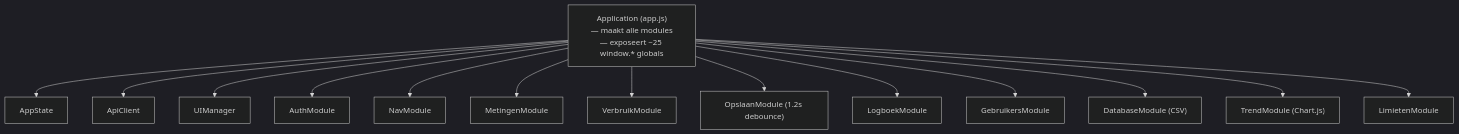
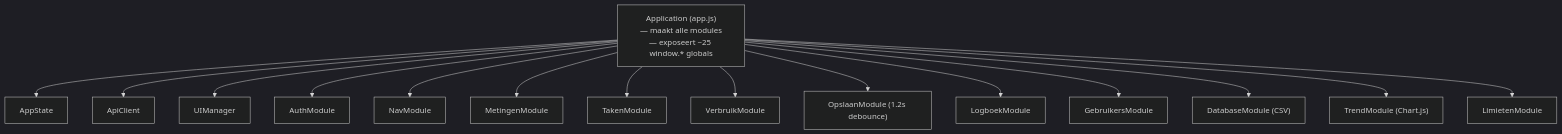
One commit to pjgheijmans/NewSiteWaterbeheerDeBercken changed the second of 4 diagrams in docs/EDS.md. Above: the diagram before and after it, drawn with Mermaid (dark theme). The commit also changed other lines of this file and 7 other files, not shown here.

````diff
--- a/docs/EDS.md
+++ b/docs/EDS.md
@@ -510,17 +521,18 @@
 ```mermaid
 graph TB
     App["Application (app.js)\n— maakt alle modules\n— exposeert ~25 window.* globals"]
     App --> State["AppState"]
     App --> Api["ApiClient"]
     App --> UI["UIManager"]
     App --> Auth["AuthModule"]
     App --> Nav["NavModule"]
     App --> Met["MetingenModule"]
+    App --> Taken["TakenModule"]
     App --> Verb["VerbruikModule"]
     App --> Save["OpslaanModule (1.2s debounce)"]
     App --> Log["LogboekModule"]
     App --> Geb["GebruikersModule"]
     App --> DBm["DatabaseModule (CSV)"]
     App --> Trend["TrendModule (Chart.js)"]
     App --> Lim["LimietenModule"]
 ```
````
